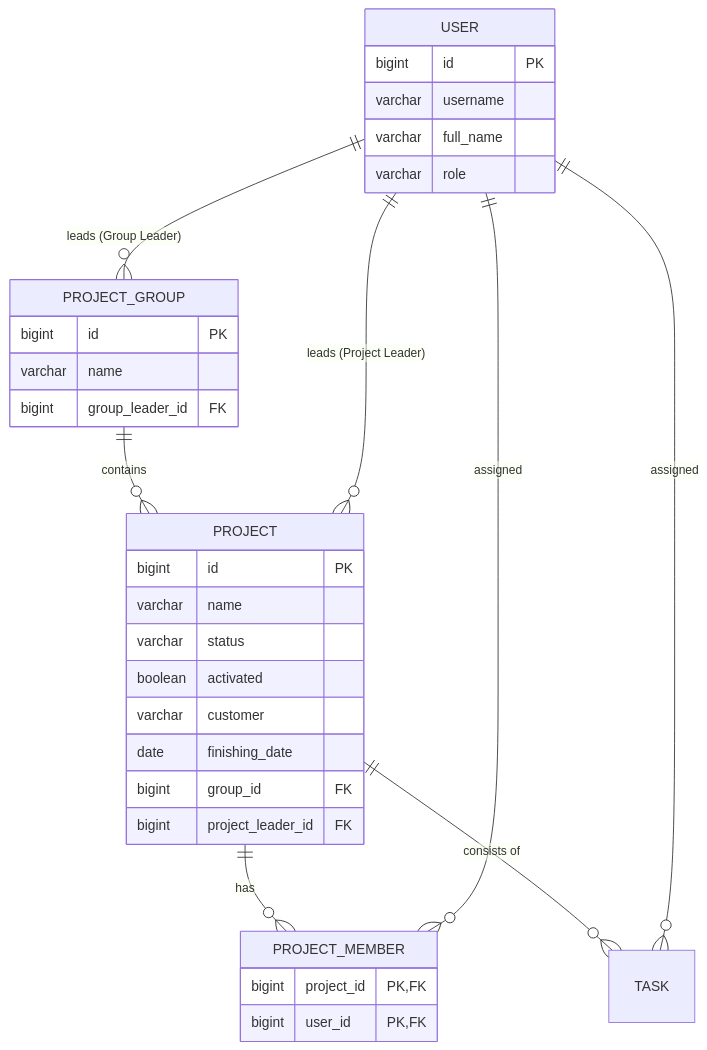
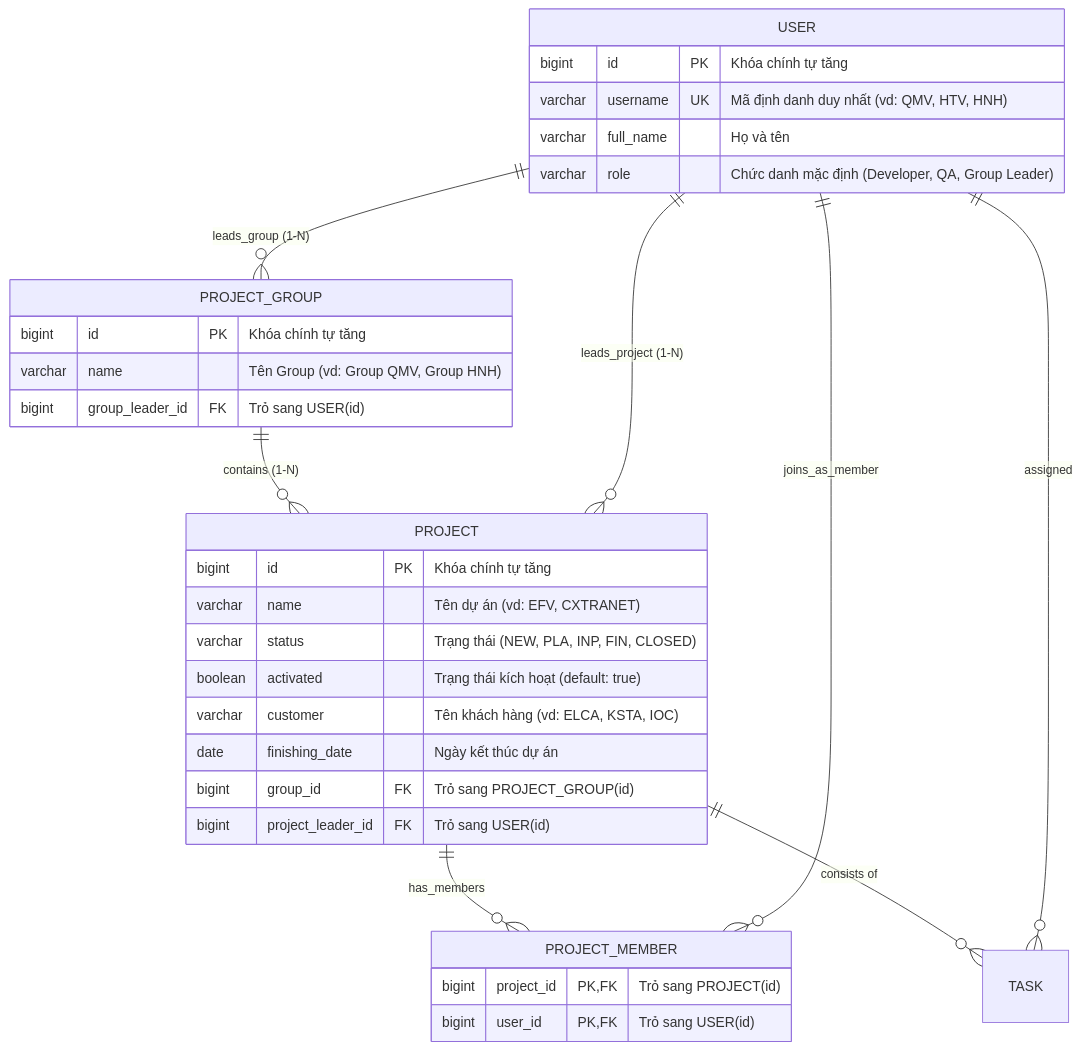
The diagram in BAO_CAO_THUC_HIEN.md (PhuThien2005/pim-tool-be), drawn with Mermaid before and after one commit. The commit also changed other lines of this file and 2 other files, not shown here.

Commit message:
refactor: Standardize ERD Object Graph with unified User entities and document full JAVA-06 roadmap

````diff
--- a/BAO_CAO_THUC_HIEN.md
+++ b/BAO_CAO_THUC_HIEN.md
@@ -389,39 +384,39 @@
 ```mermaid
 erDiagram
-    PROJECT_GROUP ||--o{ PROJECT : "contains"
-    USER ||--o{ PROJECT_GROUP : "leads (Group Leader)"
-    USER ||--o{ PROJECT : "leads (Project Leader)"
-    PROJECT ||--o{ PROJECT_MEMBER : "has"
-    USER ||--o{ PROJECT_MEMBER : "assigned"
+    PROJECT_GROUP ||--o{ PROJECT : "contains (1-N)"
+    USER ||--o{ PROJECT_GROUP : "leads_group (1-N)"
+    USER ||--o{ PROJECT : "leads_project (1-N)"
+    PROJECT ||--o{ PROJECT_MEMBER : "has_members"
+    USER ||--o{ PROJECT_MEMBER : "joins_as_member"
     PROJECT ||--o{ TASK : "consists of"
     USER ||--o{ TASK : "assigned"
 
     PROJECT_GROUP {
-        bigint id PK
-        varchar name
-        bigint group_leader_id FK
+        bigint id PK "Khóa chính tự tăng"
+        varchar name "Tên Group (vd: Group QMV, Group HNH)"
+        bigint group_leader_id FK "Trỏ sang USER(id)"
     }
 
     PROJECT {
-        bigint id PK
-        varchar name
-        varchar status
-        boolean activated
-        varchar customer
-        date finishing_date
-        bigint group_id FK
-        bigint project_leader_id FK
+        bigint id PK "Khóa chính tự tăng"
+        varchar name "Tên dự án (vd: EFV, CXTRANET)"
+        varchar status "Trạng thái (NEW, PLA, INP, FIN, CLOSED)"
+        boolean activated "Trạng thái kích hoạt (default: true)"
+        varchar customer "Tên khách hàng (vd: ELCA, KSTA, IOC)"
+        date finishing_date "Ngày kết thúc dự án"
+        bigint group_id FK "Trỏ sang PROJECT_GROUP(id)"
+        bigint project_leader_id FK "Trỏ sang USER(id)"
     }
 
     USER {
-        bigint id PK
-        varchar username
-        varchar full_name
-        varchar role
+        bigint id PK "Khóa chính tự tăng"
+        varchar username UK "Mã định danh duy nhất (vd: QMV, HTV, HNH)"
+        varchar full_name "Họ và tên"
+        varchar role "Chức danh mặc định (Developer, QA, Group Leader)"
     }
 
     PROJECT_MEMBER {
-        bigint project_id PK, FK
-        bigint user_id PK, FK
+        bigint project_id PK, FK "Trỏ sang PROJECT(id)"
+        bigint user_id PK, FK "Trỏ sang USER(id)"
     }
 ```
````
